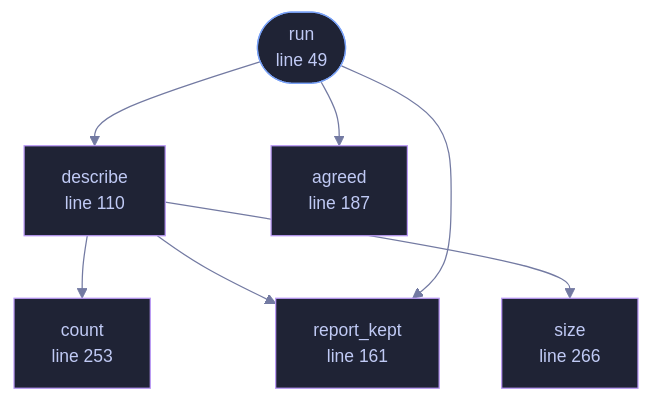
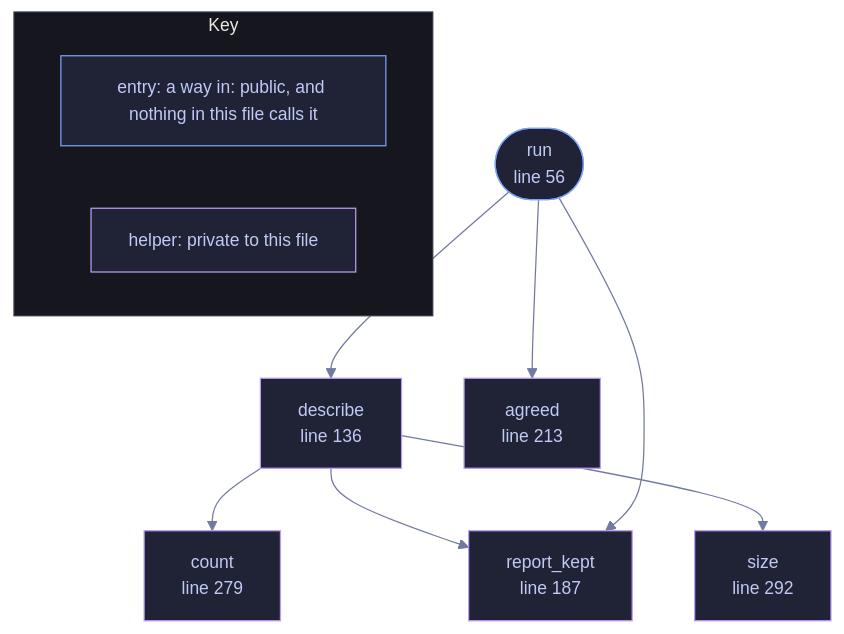
Before and after one commit to tilas01/veilvoice: the diagram in docs/files/veilvoice-cli/reset.md, drawn with Mermaid. The commit also changed other lines of this file and 1510 other files, not shown here.

First line of the commit message:
Regenerate the documentation, wiki, site, graphs and measured numbers

````diff
--- a/docs/files/veilvoice-cli/reset.md
+++ b/docs/files/veilvoice-cli/reset.md
@@ -87,26 +88,33 @@
 ```mermaid
 %%{init: {"theme":"base","themeVariables":{"background":"#1a1b26","primaryColor":"#1f2335","primaryTextColor":"#c0caf5","primaryBorderColor":"#7aa2f7","secondaryColor":"#16161e","tertiaryColor":"#16161e","lineColor":"#737aa2","textColor":"#c0caf5","mainBkg":"#1f2335","nodeBorder":"#7aa2f7","clusterBkg":"#16161e","clusterBorder":"#2f3549","fontFamily":"ui-monospace, SFMono-Regular, Consolas, monospace","fontSize":"14px"}}}%%
 flowchart TD
-    n_run(["run<br/>line 49"])
-    n_describe["describe<br/>line 110"]
-    n_report_kept["report_kept<br/>line 161"]
-    n_agreed["agreed<br/>line 187"]
-    n_count["count<br/>line 253"]
-    n_size["size<br/>line 266"]
+    n_run(["run<br/>line 56"])
+    n_describe["describe<br/>line 136"]
+    n_report_kept["report_kept<br/>line 187"]
+    n_agreed["agreed<br/>line 213"]
+    n_count["count<br/>line 279"]
+    n_size["size<br/>line 292"]
     n_describe --> n_count
     n_describe --> n_report_kept
     n_describe --> n_size
     n_run --> n_agreed
     n_run --> n_describe
     n_run --> n_report_kept
-    click n_run href "https://github.com/tilas01/veilvoice/blob/main/crates/veilvoice-cli/src/reset.rs#L49" "open the source"
-    click n_describe href "https://github.com/tilas01/veilvoice/blob/main/crates/veilvoice-cli/src/reset.rs#L110" "open the source"
-    click n_report_kept href "https://github.com/tilas01/veilvoice/blob/main/crates/veilvoice-cli/src/reset.rs#L161" "open the source"
-    click n_agreed href "https://github.com/tilas01/veilvoice/blob/main/crates/veilvoice-cli/src/reset.rs#L187" "open the source"
-    click n_count href "https://github.com/tilas01/veilvoice/blob/main/crates/veilvoice-cli/src/reset.rs#L253" "open the source"
-    click n_size href "https://github.com/tilas01/veilvoice/blob/main/crates/veilvoice-cli/src/reset.rs#L266" "open the source"
+    click n_run href "https://github.com/tilas01/veilvoice/blob/main/crates/veilvoice-cli/src/reset.rs#L56" "open the source"
+    click n_describe href "https://github.com/tilas01/veilvoice/blob/main/crates/veilvoice-cli/src/reset.rs#L136" "open the source"
+    click n_report_kept href "https://github.com/tilas01/veilvoice/blob/main/crates/veilvoice-cli/src/reset.rs#L187" "open the source"
+    click n_agreed href "https://github.com/tilas01/veilvoice/blob/main/crates/veilvoice-cli/src/reset.rs#L213" "open the source"
+    click n_count href "https://github.com/tilas01/veilvoice/blob/main/crates/veilvoice-cli/src/reset.rs#L279" "open the source"
+    click n_size href "https://github.com/tilas01/veilvoice/blob/main/crates/veilvoice-cli/src/reset.rs#L292" "open the source"
     classDef entry fill:#1f2335,stroke:#7aa2f7,color:#c0caf5
     class n_run entry
     classDef helper fill:#1f2335,stroke:#bb9af7,color:#c0caf5
     class n_describe,n_report_kept,n_agreed,n_count,n_size helper
+    subgraph chart_key ["Key"]
+        direction LR
+        key_entry["entry: a way in: public, and nothing in this file calls it"]
+        key_helper["helper: private to this file"]
+    end
+    class key_entry entry
+    class key_helper helper
 ```
````
